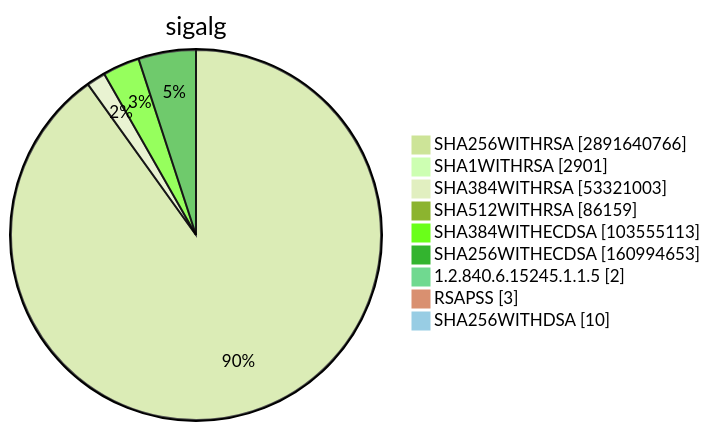
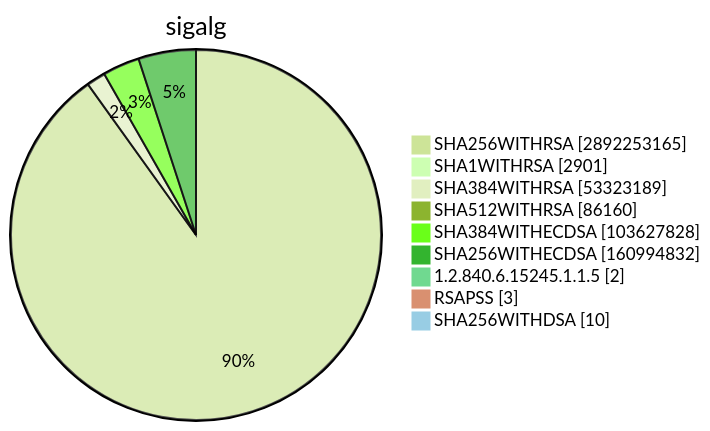
Before and after one commit to christiankrug/ctmonitor_visualization: diagram 15 of 15 in TOTAL/README.md, drawn with Mermaid (forest theme). The commit also changed other lines of this file, not shown here.

````diff
--- a/TOTAL/README.md
+++ b/TOTAL/README.md
@@ -6207,13 +6207,13 @@
 ```mermaid
 pie showData
 title sigalg
-"SHA256WITHRSA" :2891640766
+"SHA256WITHRSA" :2892253165
 "SHA1WITHRSA" :2901
-"SHA384WITHRSA" :53321003
-"SHA512WITHRSA" :86159
-"SHA384WITHECDSA" :103555113
-"SHA256WITHECDSA" :160994653
+"SHA384WITHRSA" :53323189
+"SHA512WITHRSA" :86160
+"SHA384WITHECDSA" :103627828
+"SHA256WITHECDSA" :160994832
 "1.2.840.6.15245.1.1.5" :2
 "RSAPSS" :3
 "SHA256WITHDSA" :10
 ```
````
